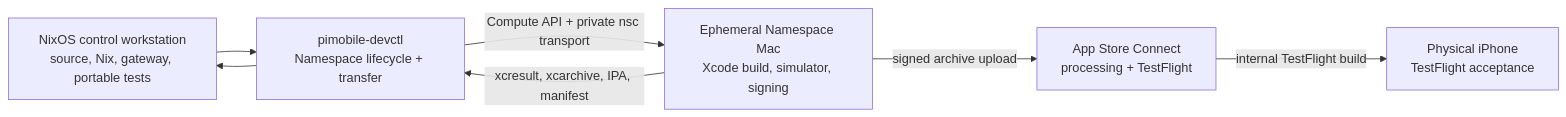
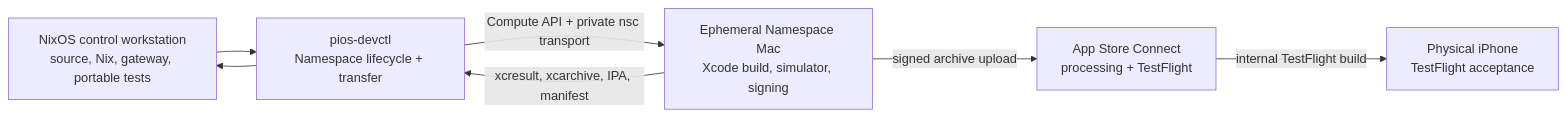
Before and after one commit to willruggiano/pios: the diagram in docs/build.md, drawn with Mermaid. The commit also changed other lines of this file and 20 other files, not shown here.

````diff
--- a/docs/build.md
+++ b/docs/build.md
@@ -23,15 +23,15 @@
 ```mermaid
 flowchart LR
     NIX["NixOS control workstation<br/>source, Nix, gateway, portable tests"]
-    DEVCTL["pimobile-devctl<br/>Namespace lifecycle + transfer"]
+    DEVCTL["pios-devctl<br/>Namespace lifecycle + transfer"]
     MAC["Ephemeral Namespace Mac<br/>Xcode build, simulator, signing"]
     PHONE["Physical iPhone<br/>TestFlight acceptance"]
     ASC["App Store Connect<br/>processing + TestFlight"]
 
     NIX --> DEVCTL
     DEVCTL -->|"Compute API + private nsc transport"| MAC
     MAC -->|"signed archive upload"| ASC
     ASC -->|"internal TestFlight build"| PHONE
     MAC -->|"xcresult, xcarchive, IPA, manifest"| DEVCTL
     DEVCTL --> NIX
 ```
````
